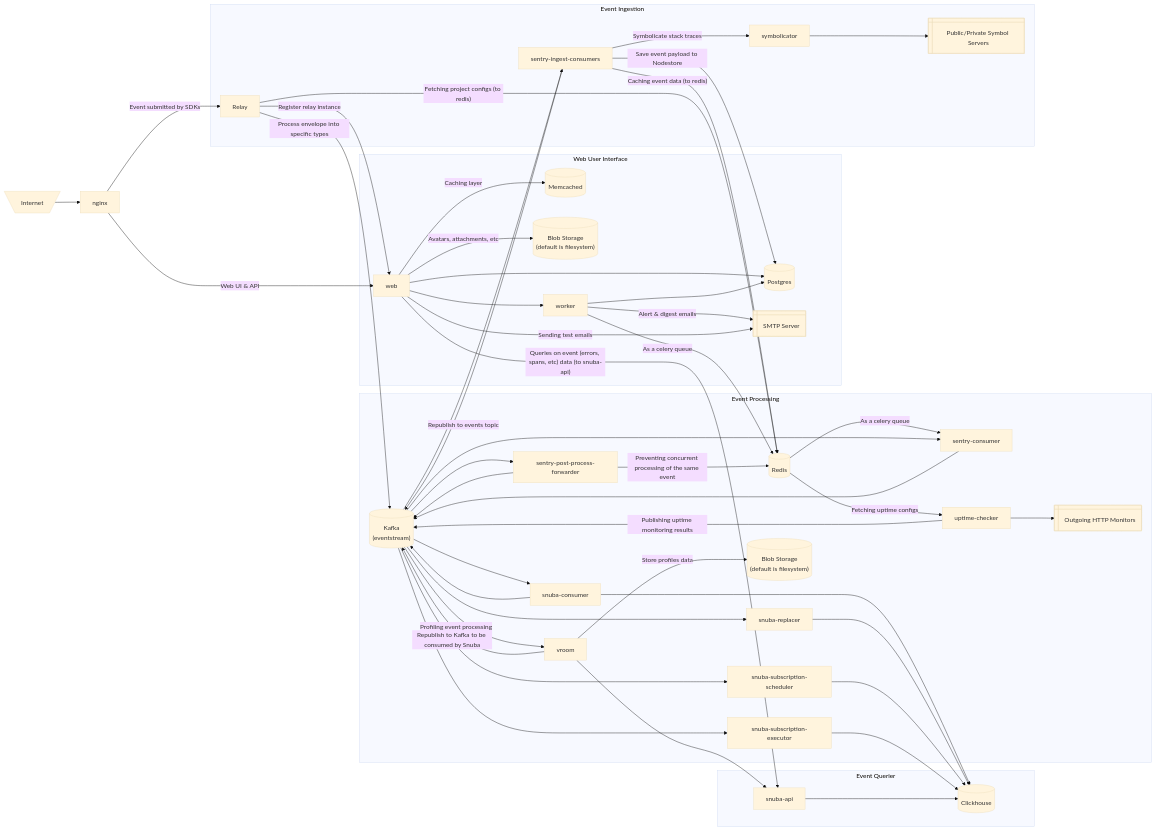
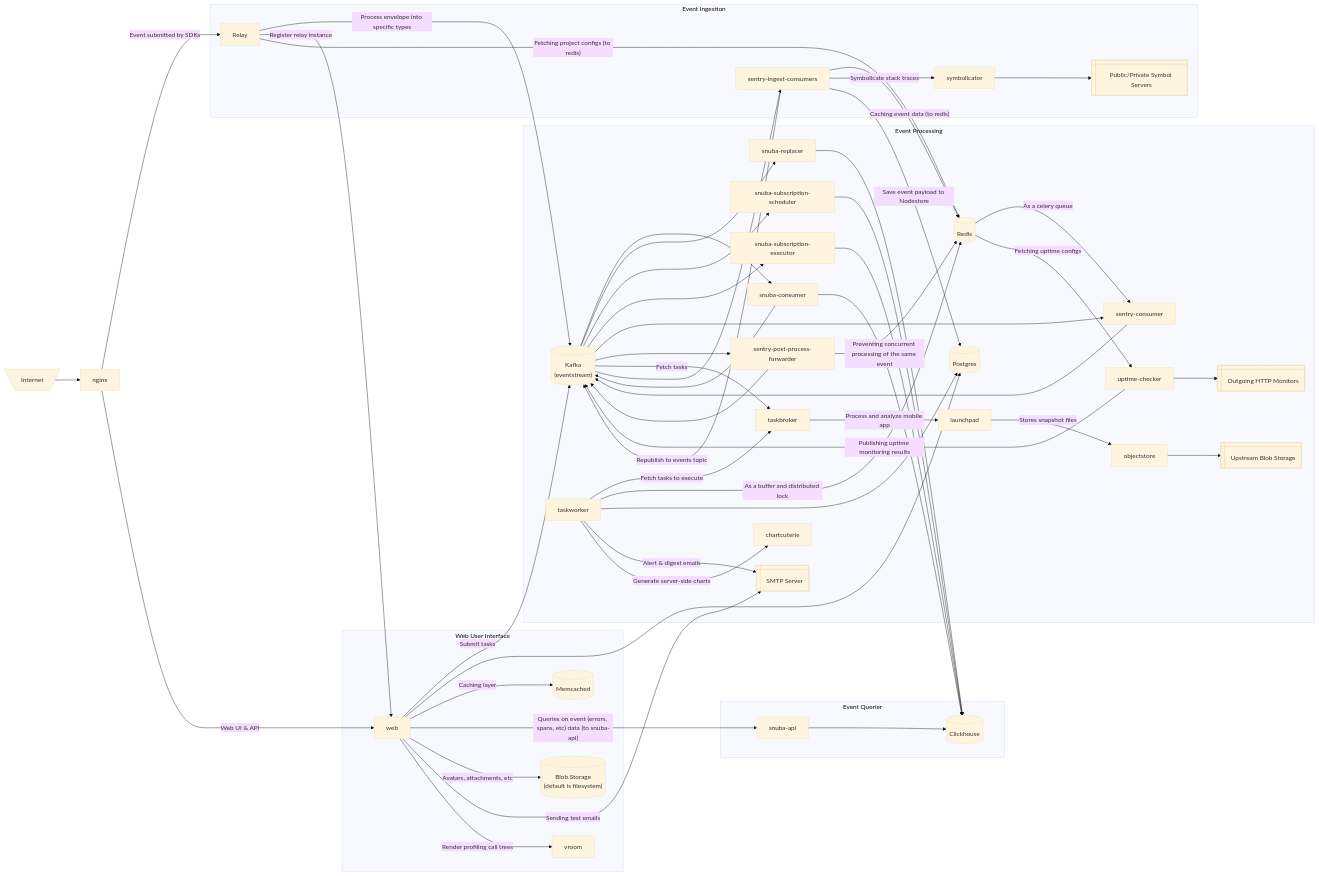
One commit to getsentry/sentry-docs changed the diagram in develop-docs/self-hosted/data-flow.mdx. Above: the diagram before and after it, drawn with Mermaid (base theme). The commit also changed other lines of this file, not shown here.

Commit message:
docs(self-hosted): update data flow diagram (#18454)

````diff
--- a/develop-docs/self-hosted/data-flow.mdx
+++ b/develop-docs/self-hosted/data-flow.mdx
@@ -10,68 +10,73 @@
 ```mermaid
 graph LR
   kafka@{ shape: cyl, label: "Kafka\n(eventstream)" }
   redis@{ shape: cyl, label: "Redis" }
   postgres@{ shape: cyl, label: "Postgres" }
   memcached@{ shape: cyl, label: "Memcached" }
   clickhouse@{ shape: cyl, label: "Clickhouse" }
   smtp@{ shape: win-pane, label: "SMTP Server" }
   symbol-server@{ shape: win-pane, label: "Public/Private Symbol Servers" }
   internet@{ shape: trap-t, label: "Internet" }
 
   internet --> nginx
 
   nginx -- Event submitted by SDKs --> relay
   nginx -- Web UI & API --> web
 
   subgraph querier [Event Querier]
     snuba-api --> clickhouse
   end
 
   subgraph processing [Event Processing]
     kafka --> snuba-consumer --> clickhouse
     snuba-consumer --> kafka
     kafka --> snuba-replacer --> clickhouse
     kafka --> snuba-subscription-scheduler --> clickhouse
     kafka --> snuba-subscription-executor --> clickhouse
     redis -- As a celery queue --> sentry-consumer
     kafka --> sentry-consumer --> kafka
     kafka --> sentry-post-process-forwarder --> kafka
     sentry-post-process-forwarder -- Preventing concurrent processing of the same event --> redis
 
-    vroom-blob-storage@{ shape: cyl, label: "Blob Storage\n(default is filesystem)" }
+    kafka -- Fetch tasks --> taskbroker
+    taskbroker -- Process and analyze mobile app --> launchpad
+    taskworker -- Fetch tasks to execute --> taskbroker
+    taskworker -- As a buffer and distributed lock --> redis
+    taskworker --> postgres
+    taskworker -- Alert & digest emails --> smtp
+    taskworker -- Generate server-side charts --> chartcuterie
 
-    kafka -- Profiling event processing --> vroom -- Republish to Kafka to be consumed by Snuba --> kafka
-    vroom --> snuba-api
-    vroom -- Store profiles data --> vroom-blob-storage
+    launchpad -- Stores snapshot files --> objectstore
+
+    upstream-blob-storage@{ shape: win-pane, label: "Upstream Blob Storage"}
+    objectstore --> upstream-blob-storage
 
     outgoing-monitors@{ shape: win-pane, label: "Outgoing HTTP Monitors" }
     redis -- Fetching uptime configs --> uptime-checker -- Publishing uptime monitoring results --> kafka
     uptime-checker --> outgoing-monitors
   end
 
   subgraph ui [Web User Interface]
     sentry-blob-storage@{ shape: cyl, label: "Blob Storage\n(default is filesystem)" }
 
-    web --> worker
+    web -- Submit tasks --> kafka
     web --> postgres
     web -- Caching layer --> memcached
     web -- Queries on event (errors, spans, etc) data (to snuba-api) --> snuba-api
     web -- Avatars, attachments, etc --> sentry-blob-storage
-    worker -- As a celery queue --> redis
-    worker --> postgres
-    worker -- Alert & digest emails --> smtp
     web -- Sending test emails --> smtp
+    web -- Render profiling call trees --> vroom
   end
 
   subgraph ingestion [Event Ingestion]
     relay@{ shape: rect, label: 'Relay' }
     sentry_ingest_consumer[sentry-ingest-consumers]
 
     relay -- Process envelope into specific types --> kafka --> sentry_ingest_consumer -- Caching event data (to redis) --> redis
     relay -- Register relay instance --> web
     relay -- Fetching project configs (to redis) --> redis
     sentry_ingest_consumer -- Symbolicate stack traces --> symbolicator --> symbol-server
     sentry_ingest_consumer -- Save event payload to Nodestore --> postgres
     sentry_ingest_consumer -- Republish to events topic --> kafka
   end
 ```
````
